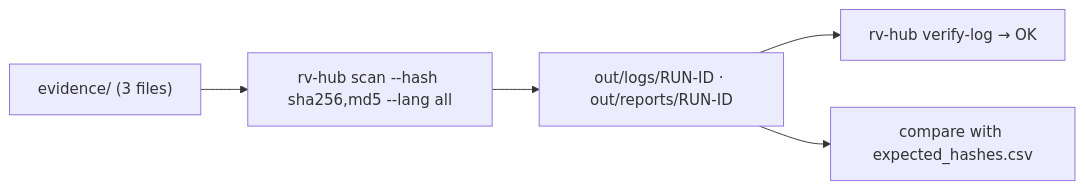
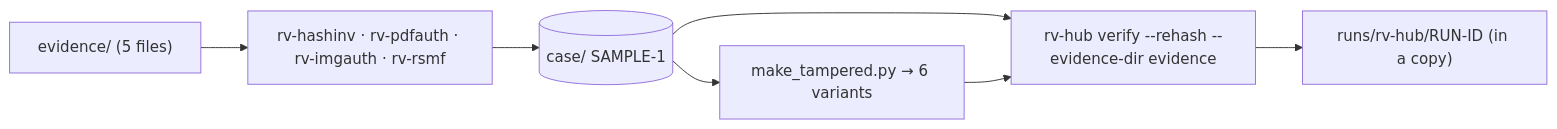
The diagram in examples/README.md (Panacota96/rv-hub), drawn with Mermaid before and after one commit. The commit also changed other lines of this file and 199 other files, not shown here.

First line of the commit message:
feat(core): hub core API, whole-case verify with tool cross-check, real sample case

````diff
--- a/examples/README.md
+++ b/examples/README.md
@@ -14,7 +24,9 @@
 ```mermaid
 flowchart LR
-    E["evidence/ (3 files)"] --> S["rv-hub scan --hash sha256,md5 --lang all"]
-    S --> O["out/logs/RUN-ID · out/reports/RUN-ID"]
-    O --> V["rv-hub verify-log → OK"]
-    O --> C["compare with expected_hashes.csv"]
+    E["evidence/ (5 files)"] --> T["rv-hashinv · rv-pdfauth · rv-imgauth · rv-rsmf"]
+    T --> C[("case/ SAMPLE-1")]
+    C --> V["rv-hub verify --rehash --evidence-dir evidence"]
+    V --> R["runs/rv-hub/RUN-ID (in a copy)"]
+    C --> X["make_tampered.py → 6 variants"]
+    X --> V
 ```
````
